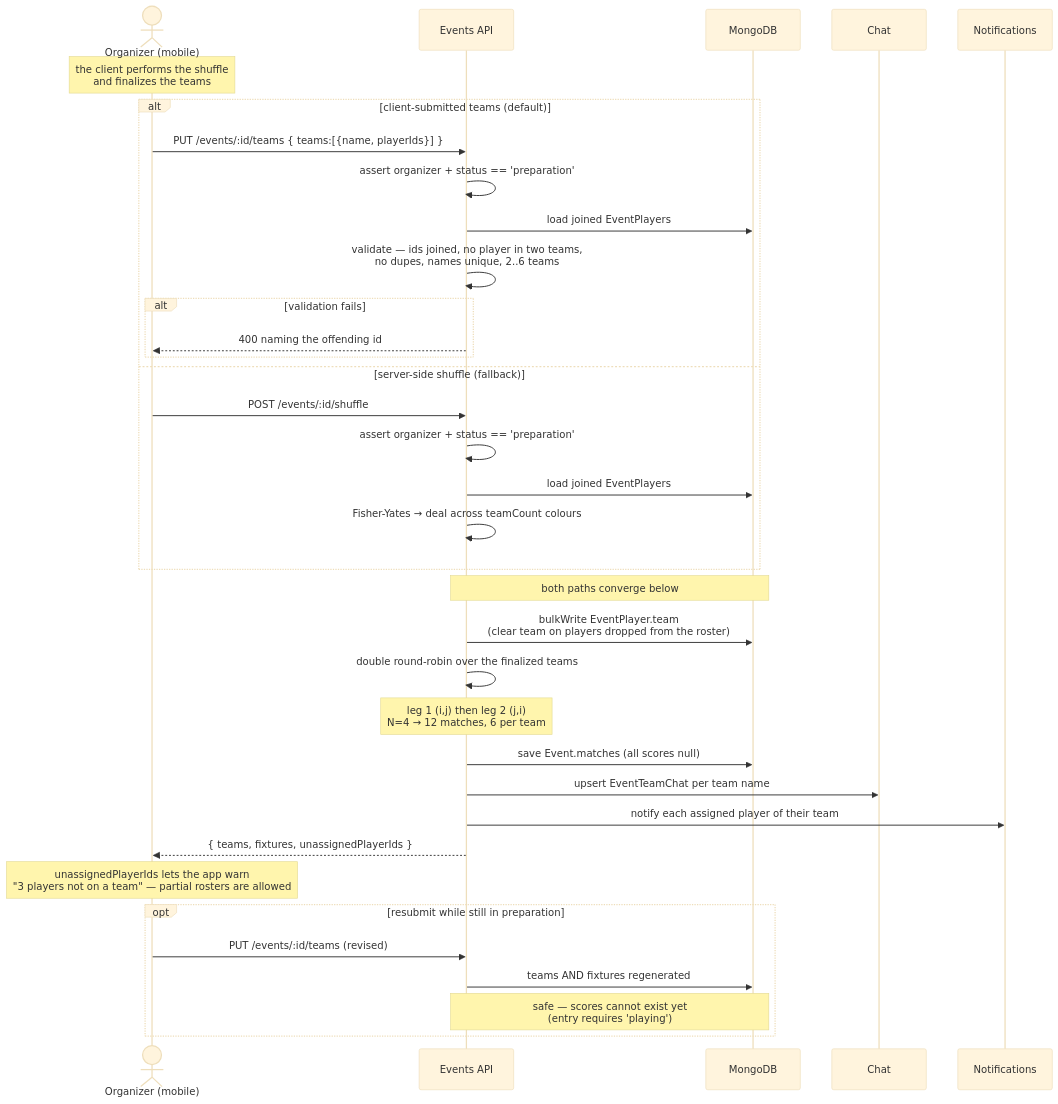
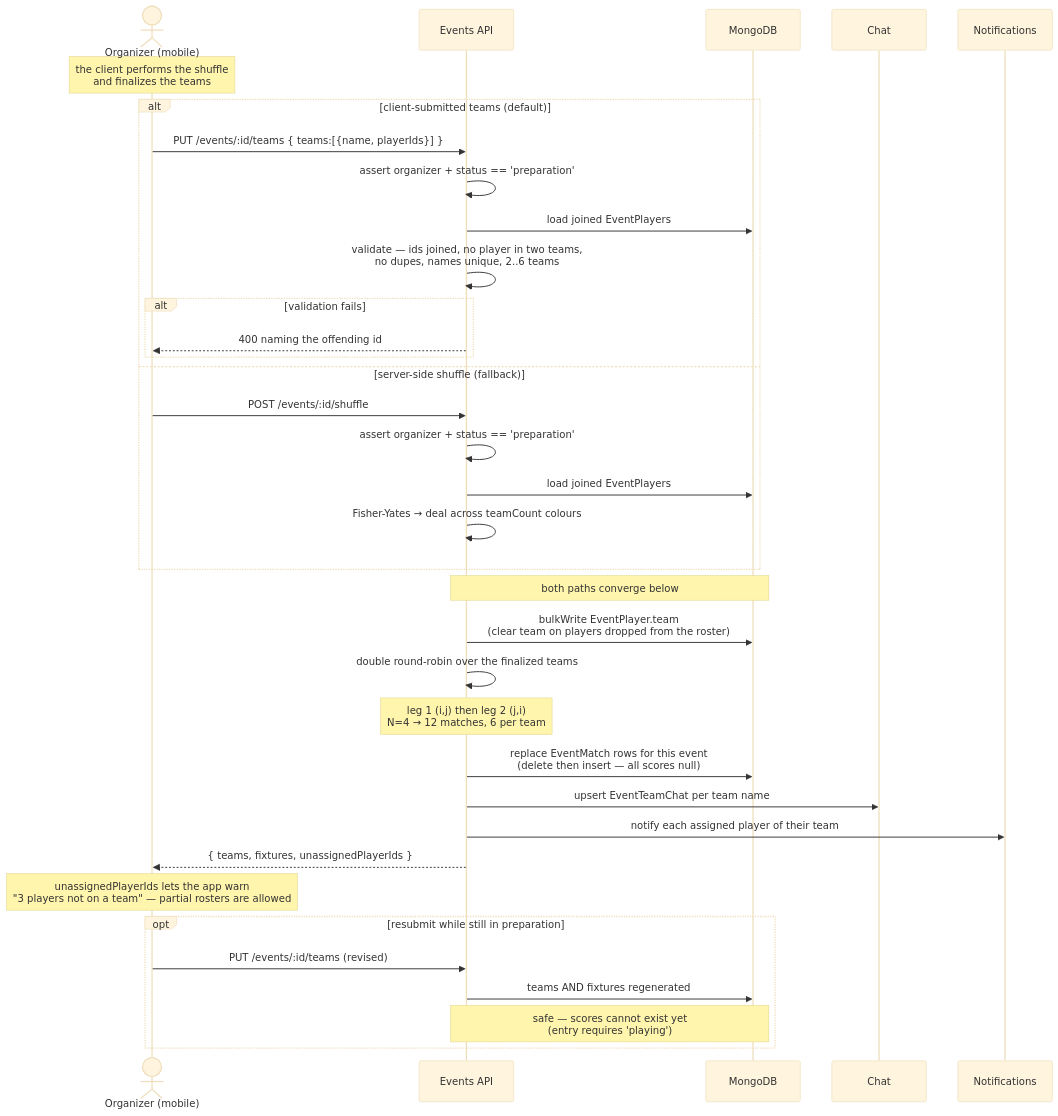
Before and after one commit to heinlinaung/kickr_backend: the diagram in docs/superpowers/diagrams/events-5-4-team-submission-fixtures.mmd, drawn with Mermaid (base theme). The commit also changed 15 other files, not shown here.

```diff
--- a/docs/superpowers/diagrams/events-5-4-team-submission-fixtures.mmd
+++ b/docs/superpowers/diagrams/events-5-4-team-submission-fixtures.mmd
@@ -1,44 +1,44 @@
 %% 5.4 Team submission → validation → fixture generation
 %% Source of truth for this diagram. Rendered from ../specs/2026-08-03-events-feature-spec.md §5.4
 %% Edit here, not in the spec — the spec links to this file.
 sequenceDiagram
     actor O as Organizer (mobile)
     participant API as Events API
     participant DB as MongoDB
     participant CH as Chat
     participant N as Notifications
 
     Note over O: the client performs the shuffle<br/>and finalizes the teams
 
     alt client-submitted teams (default)
         O->>API: PUT /events/:id/teams { teams:[{name, playerIds}] }
         API->>API: assert organizer + status == 'preparation'
         API->>DB: load joined EventPlayers
         API->>API: validate — ids joined, no player in two teams,<br/>no dupes, names unique, 2..6 teams
         alt validation fails
             API-->>O: 400 naming the offending id
         end
     else server-side shuffle (fallback)
         O->>API: POST /events/:id/shuffle
         API->>API: assert organizer + status == 'preparation'
         API->>DB: load joined EventPlayers
         API->>API: Fisher-Yates → deal across teamCount colours
     end
 
     Note over API,DB: both paths converge below
 
     API->>DB: bulkWrite EventPlayer.team<br/>(clear team on players dropped from the roster)
     API->>API: double round-robin over the finalized teams
     Note over API: leg 1 (i,j) then leg 2 (j,i)<br/>N=4 → 12 matches, 6 per team
-    API->>DB: save Event.matches (all scores null)
+    API->>DB: replace EventMatch rows for this event<br/>(delete then insert — all scores null)
     API->>CH: upsert EventTeamChat per team name
     API->>N: notify each assigned player of their team
     API-->>O: { teams, fixtures, unassignedPlayerIds }
 
     Note over O: unassignedPlayerIds lets the app warn<br/>"3 players not on a team" — partial rosters are allowed
 
     opt resubmit while still in preparation
         O->>API: PUT /events/:id/teams (revised)
         API->>DB: teams AND fixtures regenerated
         Note over API,DB: safe — scores cannot exist yet<br/>(entry requires 'playing')
     end
```
